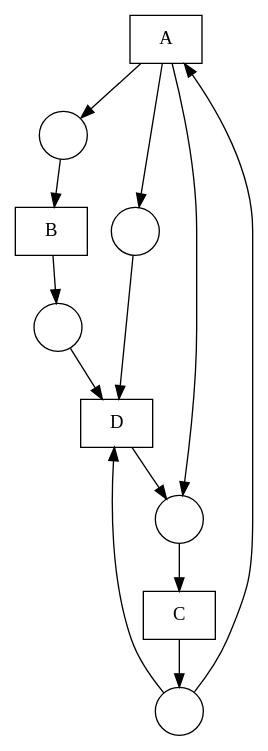
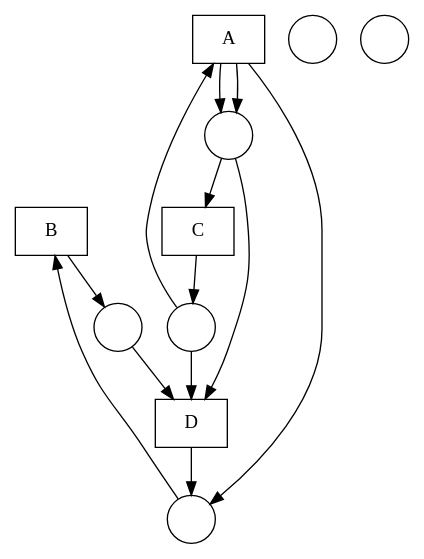
The diagram in nets/Fittest net.gv (DWitek97/GeneticMiner), drawn with Graphviz before and after one commit. The commit also changed 7 other files, not shown here.

```diff
--- a/nets/Fittest net.gv
+++ b/nets/Fittest net.gv
@@ -1,25 +1,26 @@
 digraph "Fittest net" {
 	node [shape=box]
+	B [label=B]
+	D [label=D]
+	C [label=C]
 	A [label=A]
-	D [label=D]
-	B [label=B]
-	C [label=C]
 	node [shape=circle]
 	1 [label=" "]
 	2 [label=" "]
 	3 [label=" "]
 	4 [label=" "]
 	5 [label=" "]
+	6 [label=" "]
+	3 -> B
+	B -> 4
+	1 -> D
+	4 -> D
+	2 -> D
+	D -> 3
+	2 -> C
+	C -> 1
 	1 -> A
-	A -> 5
+	A -> 3
 	A -> 2
-	A -> 4
-	4 -> D
-	3 -> D
-	1 -> D
-	D -> 5
-	2 -> B
-	B -> 3
-	5 -> C
-	C -> 1
+	A -> 2
 }
```
